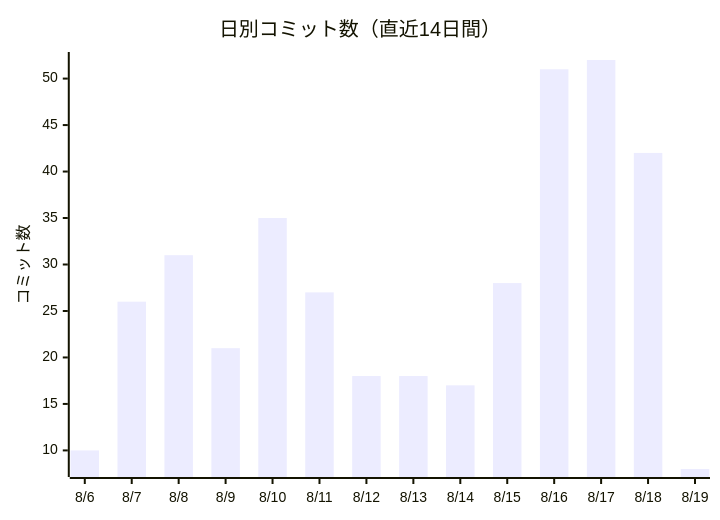
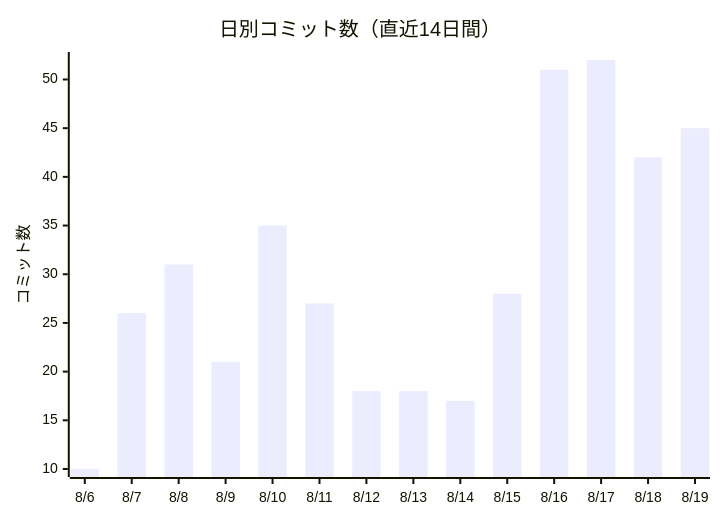
Before and after one commit to non-x2/non-x2: the first of 2 diagrams in docs/進化レポート.md, drawn with Mermaid. The commit also changed other lines of this file and 2 other files, not shown here.

````diff
--- a/docs/進化レポート.md
+++ b/docs/進化レポート.md
@@ -23,7 +23,7 @@
 ```mermaid
 xychart-beta
     title "日別コミット数（直近14日間）"
     x-axis ["8/6", "8/7", "8/8", "8/9", "8/10", "8/11", "8/12", "8/13", "8/14", "8/15", "8/16", "8/17", "8/18", "8/19"]
     y-axis "コミット数"
-    bar [10, 26, 31, 21, 35, 27, 18, 18, 17, 28, 51, 52, 42, 8]
+    bar [10, 26, 31, 21, 35, 27, 18, 18, 17, 28, 51, 52, 42, 45]
 ```
````
